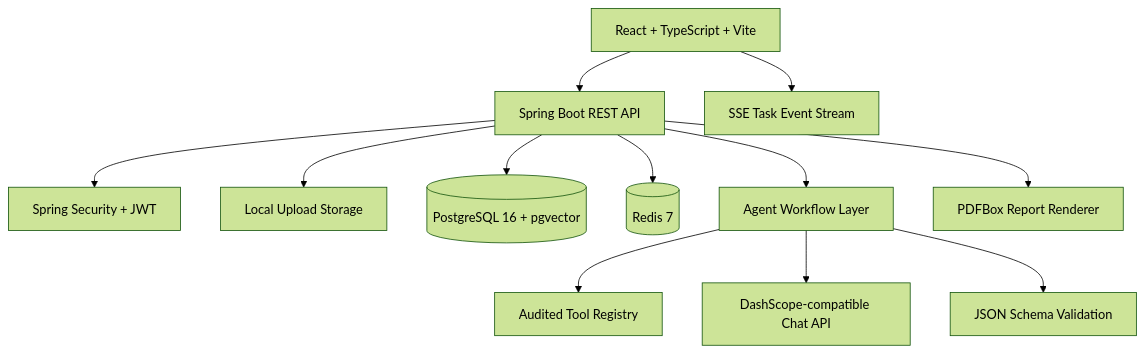
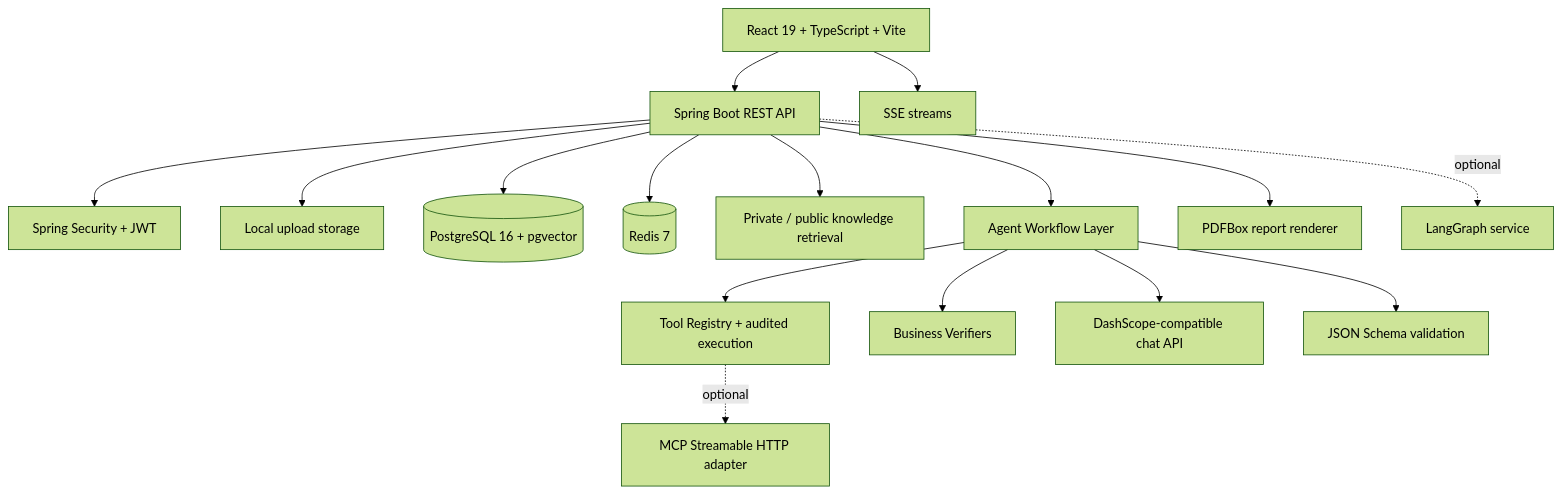
Before and after one commit to yangweizhao97-glitch/SkillPilot: the second of 2 diagrams in README.md, drawn with Mermaid (forest theme). The commit also changed other lines of this file and 2 other files, not shown here.

````diff
--- a/README.md
+++ b/README.md
@@ -56,14 +42,18 @@
 ```mermaid
 flowchart TB
-    UI[React + TypeScript + Vite] --> API[Spring Boot REST API]
-    UI --> SSE[SSE Task Event Stream]
+    UI[React 19 + TypeScript + Vite] --> API[Spring Boot REST API]
+    UI --> SSE[SSE streams]
     API --> AUTH[Spring Security + JWT]
-    API --> FILES[Local Upload Storage]
+    API --> FILES[Local upload storage]
     API --> DB[(PostgreSQL 16 + pgvector)]
     API --> REDIS[(Redis 7)]
-    API --> AGENTS[Agent Workflow Layer]
-    AGENTS --> TOOLS[Audited Tool Registry]
-    AGENTS --> LLM[DashScope-compatible Chat API]
-    AGENTS --> SCHEMA[JSON Schema Validation]
-    API --> PDF[PDFBox Report Renderer]
+    API --> RAG[Private / public knowledge retrieval]
+    API --> WF[Agent Workflow Layer]
+    WF --> TOOLS[Tool Registry + audited execution]
+    WF --> VERIFIER[Business Verifiers]
+    WF --> LLM[DashScope-compatible chat API]
+    WF --> SCHEMA[JSON Schema validation]
+    API --> PDF[PDFBox report renderer]
+    API -. optional .-> LG[LangGraph service]
+    TOOLS -. optional .-> MCP[MCP Streamable HTTP adapter]
 ```
````
